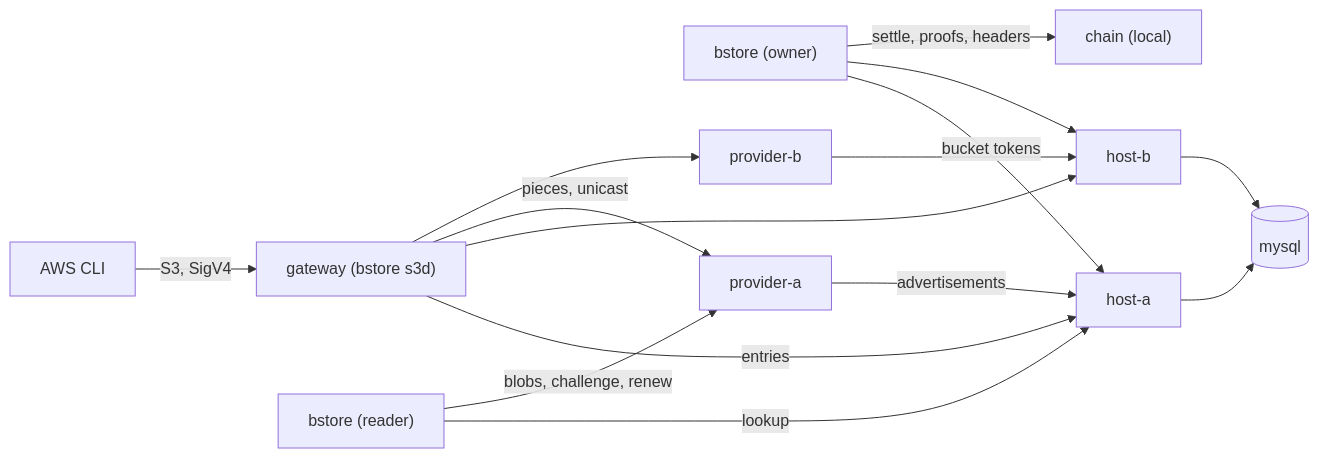
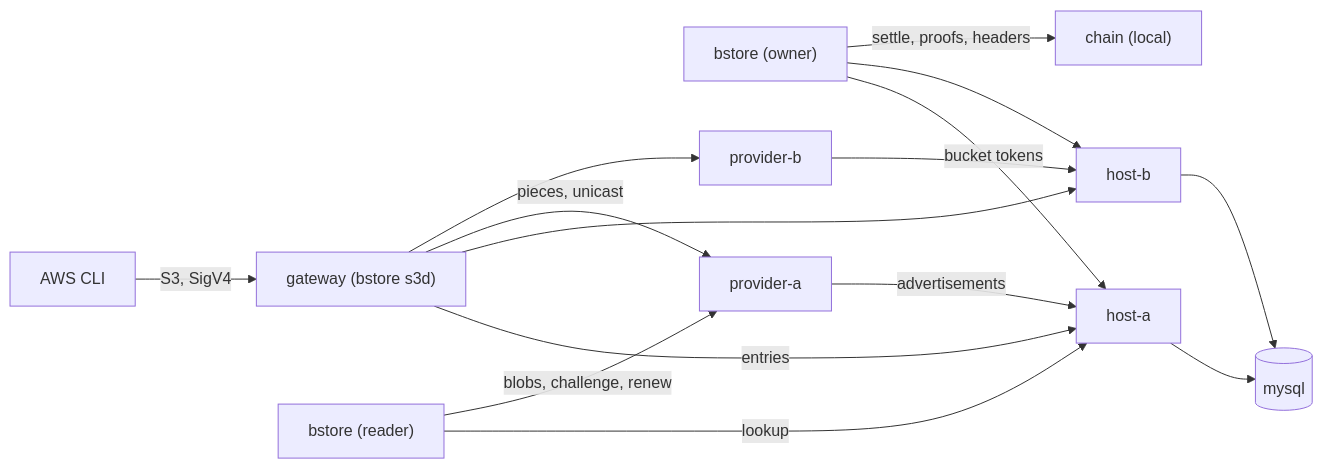
The diagram in QUICKSTART.md (lightwebinc/bstore), drawn with Mermaid before and after one commit. The commit also changed 1 other file, not shown here.

Commit message:
[Fix] diagrams: a spacer where the viewer's controls land
The rendered viewer places its zoom and pan panel over a flowchart's
bottom-right corner, and its mermaid build does not read diagramPadding
for flowcharts. An invisible node in the rightmost rank, below its last
node, is what the panel now covers.

````diff
--- a/QUICKSTART.md
+++ b/QUICKSTART.md
@@ -21,17 +21,22 @@
 ```mermaid
 flowchart LR
   O["bstore (owner)"] -->|"bucket tokens"| HA["host-a"]
   O --> HB["host-b"]
   S3["AWS CLI"] -->|"S3, SigV4"| G["gateway (bstore s3d)"]
   G -->|"entries"| HA
   G --> HB
   G -->|"pieces, unicast"| PA["provider-a"]
   G --> PB["provider-b"]
   PA -->|"advertisements"| HA
   PB --> HB
   R["bstore (reader)"] -->|"lookup"| HA
   R -->|"blobs, challenge, renew"| PA
   HA --> D[(mysql)]
   HB --> D
   O -->|"settle, proofs, headers"| C["chain (local)"]
+  %% The last node is an invisible spacer in the rightmost rank: the rendered
+  %% viewer places its zoom and pan controls over the bottom-right corner.
+  HA ~~~ pad
+  pad["&nbsp;<br/>&nbsp;<br/>&nbsp;<br/>&nbsp;<br/>&nbsp;"]:::pad
+  classDef pad fill:none,stroke:none,color:transparent
 ```
````
